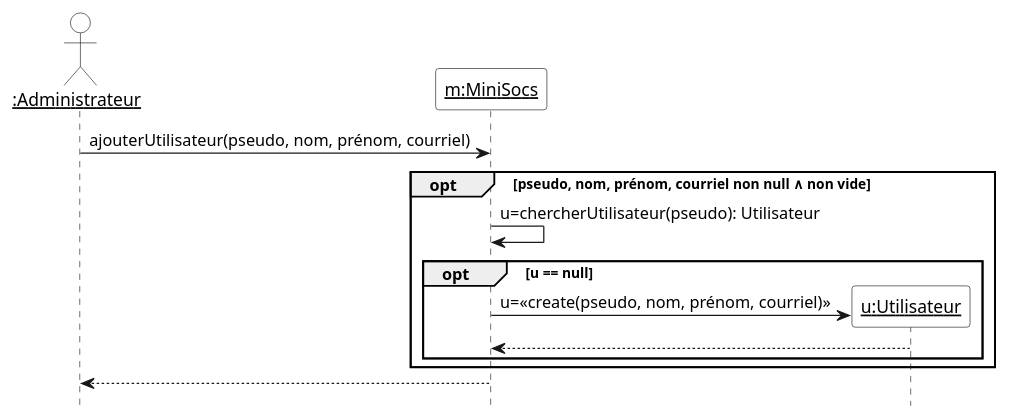
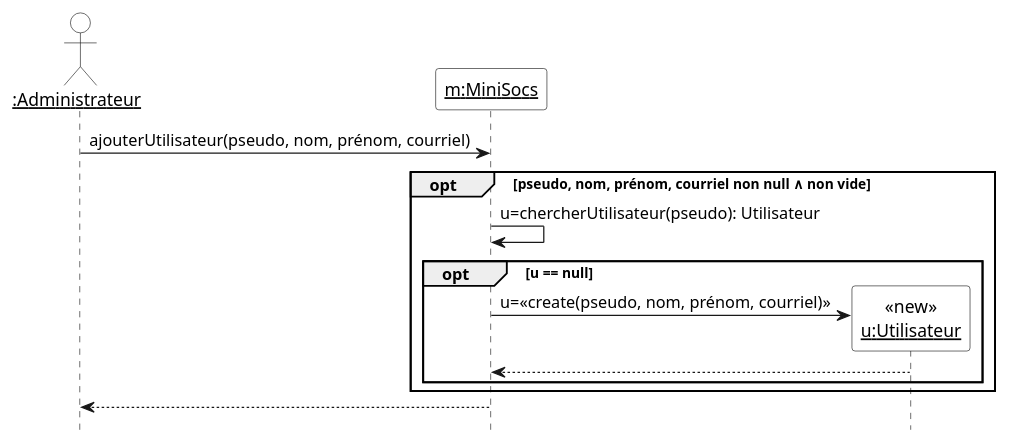
One commit to HugoKD/MiniSoc changed the diagram in Diagrammes/minisocs_uml_diag_seq_ajouter_utilisateur_version_simplifiee.pu. Above: the diagram before and after it, drawn with PlantUML. The commit also changed 5 other files, not shown here.

```diff
--- a/Diagrammes/minisocs_uml_diag_seq_ajouter_utilisateur_version_simplifiee.pu
+++ b/Diagrammes/minisocs_uml_diag_seq_ajouter_utilisateur_version_simplifiee.pu
@@ -1,27 +1,27 @@
 @startuml
 
 'Diagramme de séquence simplifié du cas d'utilisation "Ajouter utilisateur" (PlantUML)'
 
 'Version simplifiée (voir ...[_version_simplifiée].pu pour une version plus détaillée'
 
 'Configuration charte graphique'
 hide footbox
 skinparam sequenceParticipantBackgroundColor White
 skinparam sequenceActorBackgroundColor White
 
 'Déclaration des acteurs et des participants (déjà existants avant la séquence)'
 actor "__:Administrateur__" as admin
 participant "__m:MiniSocs__" as m
 
 'Séquence avec les messages, les créations de participants, etc.'
 admin -> m : ajouterUtilisateur(pseudo, nom, prénom, courriel)
 opt pseudo, nom, prénom, courriel non null ∧ non vide
   m -> m : u=chercherUtilisateur(pseudo): Utilisateur
   opt u == null
-    create "__u:Utilisateur__" as u
+    create "<<new>>\n__u:Utilisateur__" as u
     m -> "__u:Utilisateur__" as u : u=<<create(pseudo, nom, prénom, courriel)>>
     u --> m
   end
 end
 m --> admin
 @enduml
```
